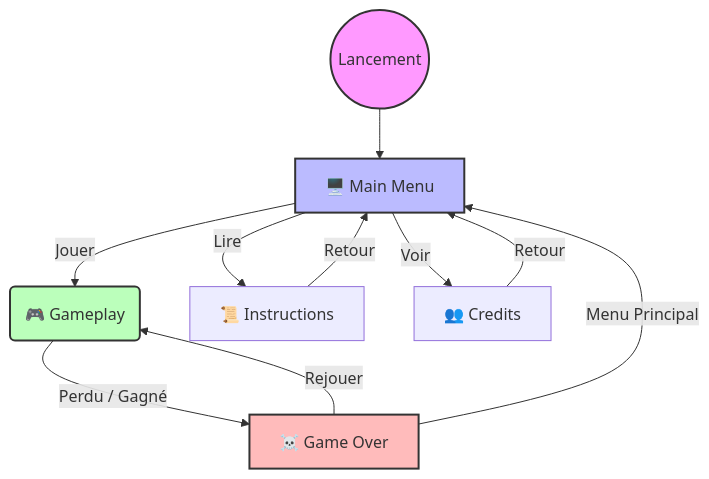
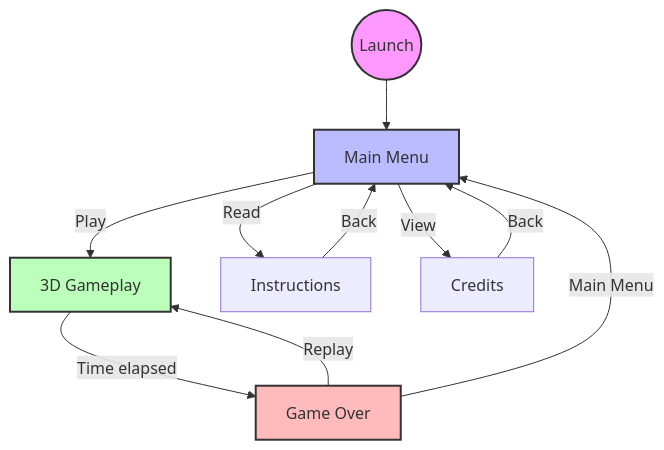
Before and after one commit to sikoso774/HYPNOTICA: the diagram in README.md, drawn with Mermaid. The commit also changed other lines of this file, not shown here.

First line of the commit message:
docs: rewrite README with accurate architecture and fixed Mermaid diagram

````diff
--- a/README.md
+++ b/README.md
@@ -30,23 +45,21 @@
 ```mermaid
 graph TD
-    %% Noeuds (Les Écrans)
-    Start((Lancement)) --> Menu[🖥️ Main Menu]
-    
-    Menu -->|Jouer| Game(🎮 Gameplay)
-    Menu -->|Lire| Inst[📜 Instructions]
-    Menu -->|Voir| Cred[👥 Credits]
-    
-    Inst -->|Retour| Menu
-    Cred -->|Retour| Menu
-    
-    Game -->|Perdu / Gagné| Over[☠️ Game Over]
-    
-    Over -->|Rejouer| Game
-    Over -->|Menu Principal| Menu
+    Start(("Launch")) --> Menu["Main Menu"]
 
-    %% Styles (Optionnel : pour faire joli)
+    Menu -->|Play| Game["3D Gameplay"]
+    Menu -->|Read| Inst["Instructions"]
+    Menu -->|View| Cred["Credits"]
+
+    Inst -->|Back| Menu
+    Cred -->|Back| Menu
+
+    Game -->|Time elapsed| Over["Game Over"]
+
+    Over -->|Replay| Game
+    Over -->|Main Menu| Menu
+
     style Start fill:#f9f,stroke:#333,stroke-width:2px
     style Menu fill:#bbf,stroke:#333,stroke-width:2px
     style Game fill:#bfb,stroke:#333,stroke-width:2px
     style Over fill:#fbb,stroke:#333,stroke-width:2px
 ```
````
